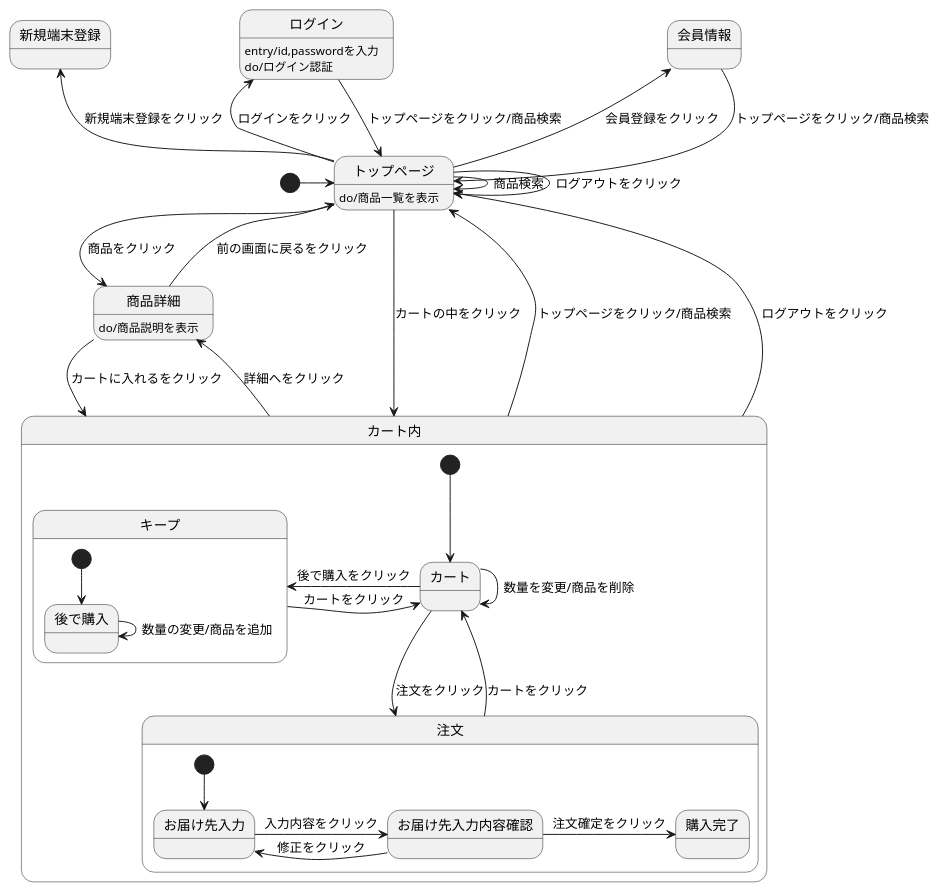
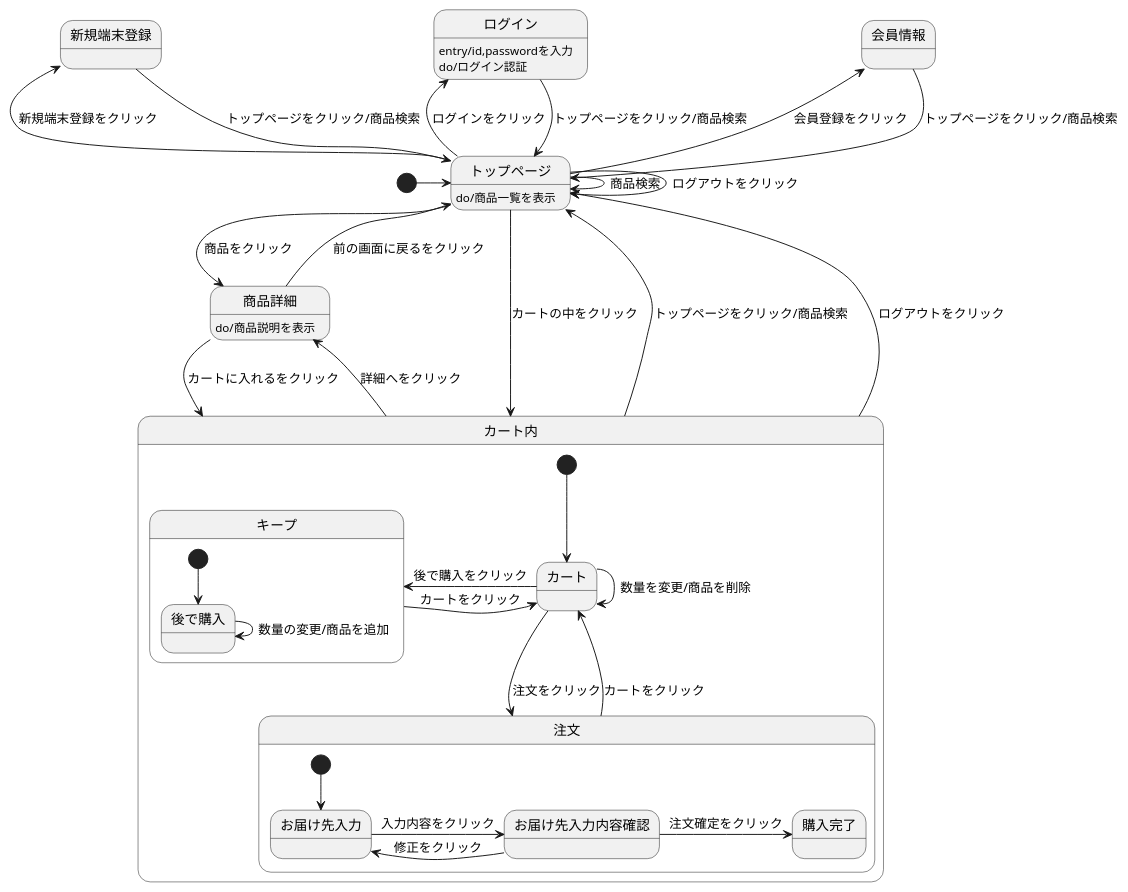
One commit to Aso2101121/2021sys-design changed the diagram in origamen.md. Above: the diagram before and after it, drawn with PlantUML.

````diff
--- a/origamen.md
+++ b/origamen.md
@@ -1,41 +1,42 @@
 ```uml
 @startuml
 [*] -> トップページ
 会員情報 --> トップページ : トップページをクリック/商品検索
 ログイン --> トップページ : トップページをクリック/商品検索
 ログイン:entry/id,passwordを入力
 ログイン:do/ログイン認証
 トップページ --> トップページ : ログアウトをクリック
 トップページ -> トップページ : 商品検索
 トップページ -> 商品詳細 : 商品をクリック
 トップページ -left->会員情報 : 会員登録をクリック
 トップページ -left-> ログイン : ログインをクリック
 トップページ --> カート内 : カートの中をクリック
 トップページ:do/商品一覧を表示
 トップページ -up-> 新規端末登録 : 新規端末登録をクリック
+新規端末登録 --> トップページ : トップページをクリック/商品検索
 商品詳細 --> カート内 : カートに入れるをクリック
 商品詳細 --> トップページ : 前の画面に戻るをクリック
 商品詳細:do/商品説明を表示
 カート内 -up-> トップページ : トップページをクリック/商品検索
 カート内 -up-> トップページ : ログアウトをクリック
 カート内 -> 商品詳細 : 詳細へをクリック
 
 state カート内 {
 [*] --> カート
 カート -> 注文 : 注文をクリック
 カート -left-> キープ : 後で購入をクリック
 キープ -> カート : カートをクリック
 カート -> カート : 数量を変更/商品を削除
 注文 --> カート : カートをクリック
 state 注文 {
 [*] --> お届け先入力
 お届け先入力 -> お届け先入力内容確認 : 入力内容をクリック
 お届け先入力内容確認 -> お届け先入力 : 修正をクリック
 お届け先入力内容確認 -> 購入完了 : 注文確定をクリック
 }
 state キープ {
 [*] --> 後で購入
 後で購入 -> 後で購入 : 数量の変更/商品を追加
 }
 @enduml
 ```
````
